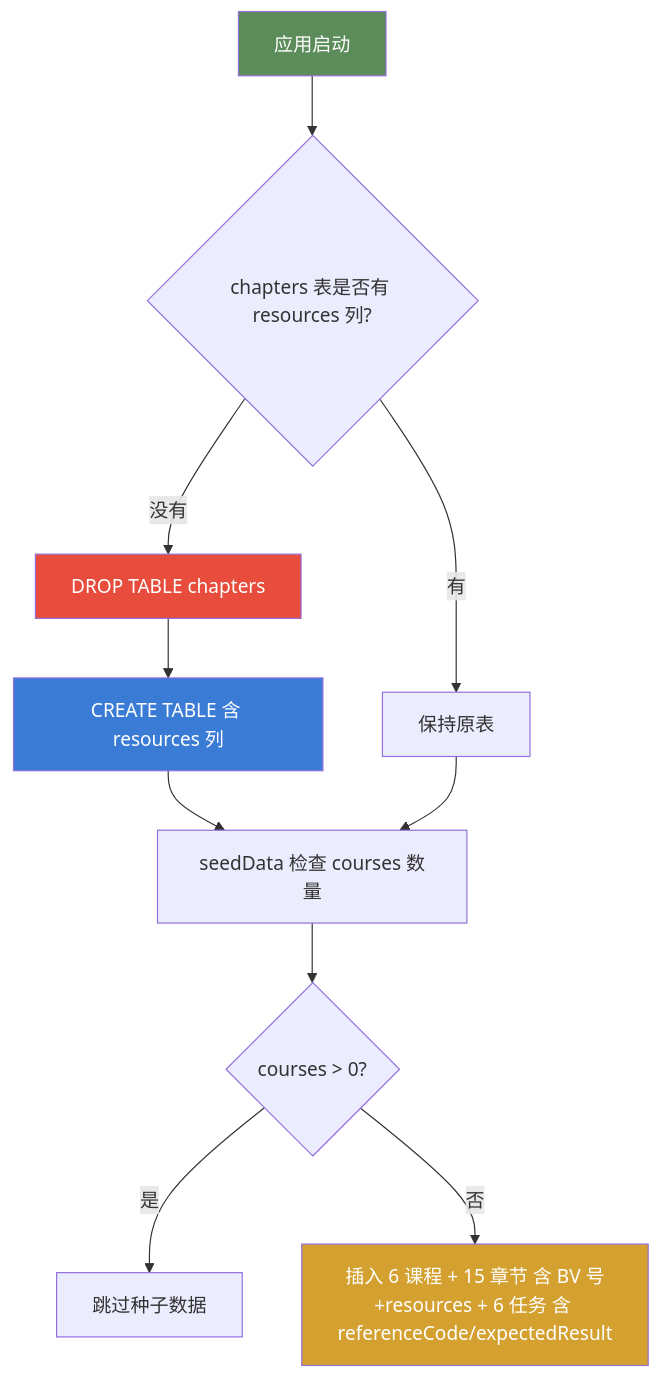
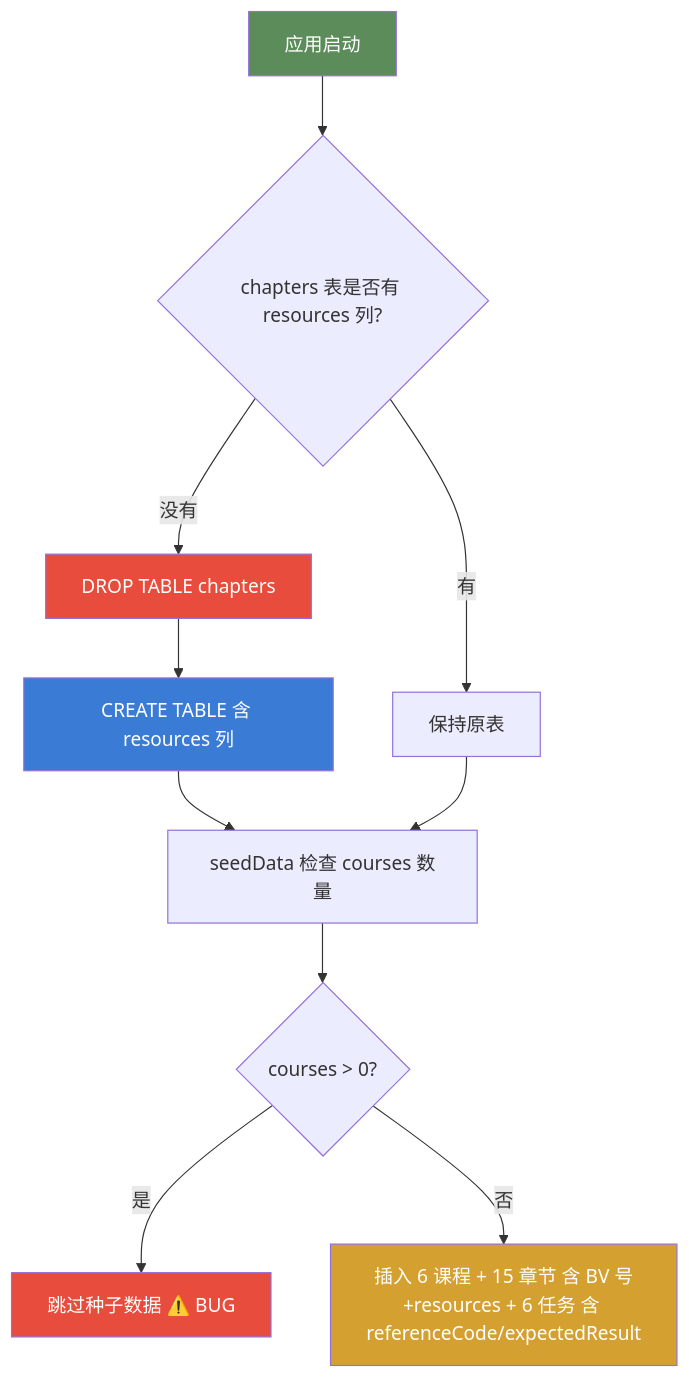
One commit to lbh1nb/ai-agent-learner changed the ninth of 12 diagrams in 系统架构文档.md. Above: the diagram before and after it, drawn with Mermaid. The commit also changed other lines of this file and 5 other files, not shown here.

````diff
--- a/系统架构文档.md
+++ b/系统架构文档.md
@@ -777,17 +812,18 @@
 ```mermaid
 flowchart TD
     A[应用启动] --> B{chapters 表是否有 resources 列?}
     B -->|有| E[保持原表]
     B -->|没有| F[DROP TABLE chapters]
     F --> C[CREATE TABLE 含 resources 列]
     C --> G[seedData 检查 courses 数量]
     E --> G
     G --> H{courses > 0?}
-    H -->|是| I[跳过种子数据]
+    H -->|是| I[跳过种子数据 ⚠️ BUG]
     H -->|否| J[插入 6 课程 + 15 章节 含 BV 号+resources + 6 任务 含 referenceCode/expectedResult]
 
     style A fill:#5B8C5A,color:#fff
     style C fill:#3A7BD5,color:#fff
     style F fill:#E74C3C,color:#fff
+    style I fill:#E74C3C,color:#fff
     style J fill:#D4A030,color:#fff
 ```
````
